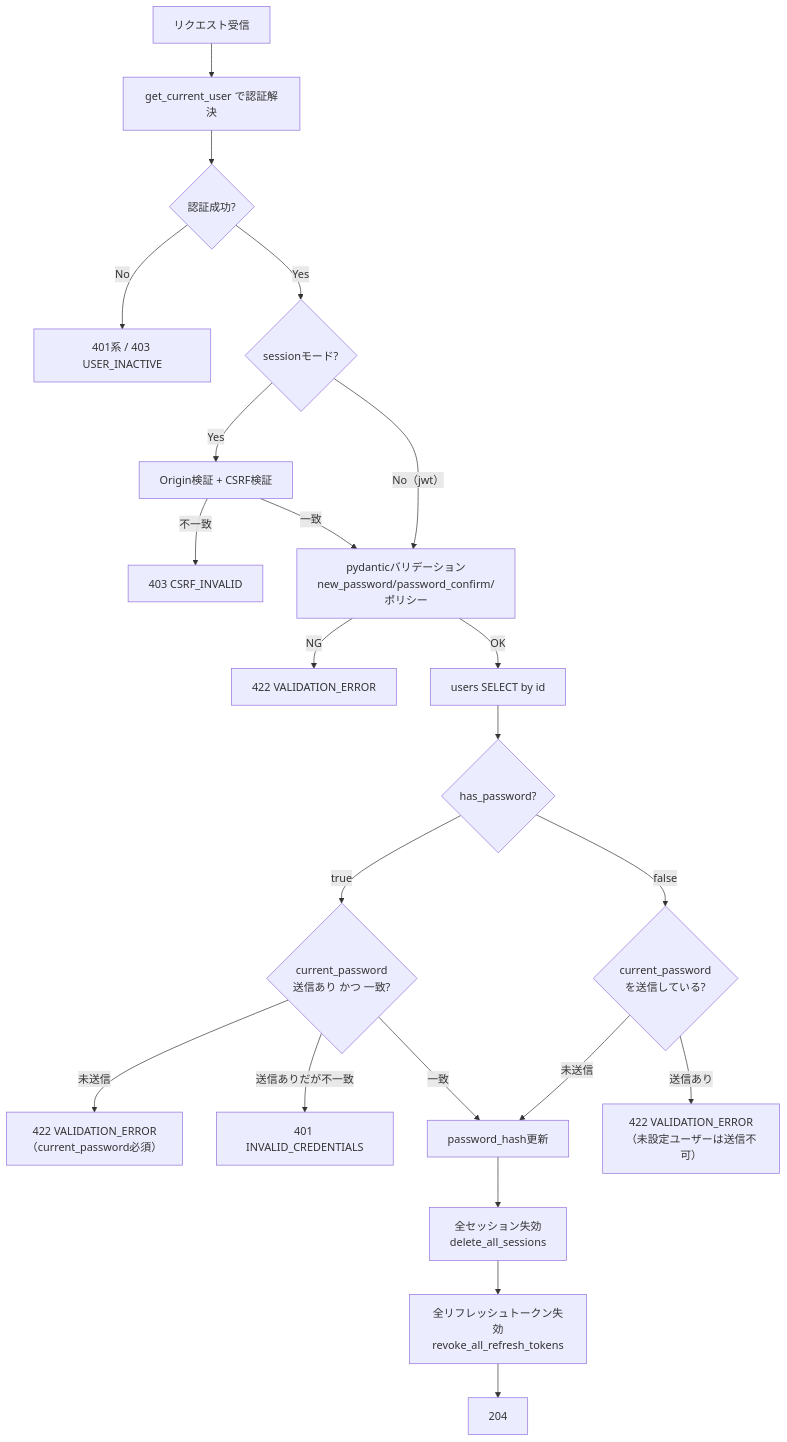
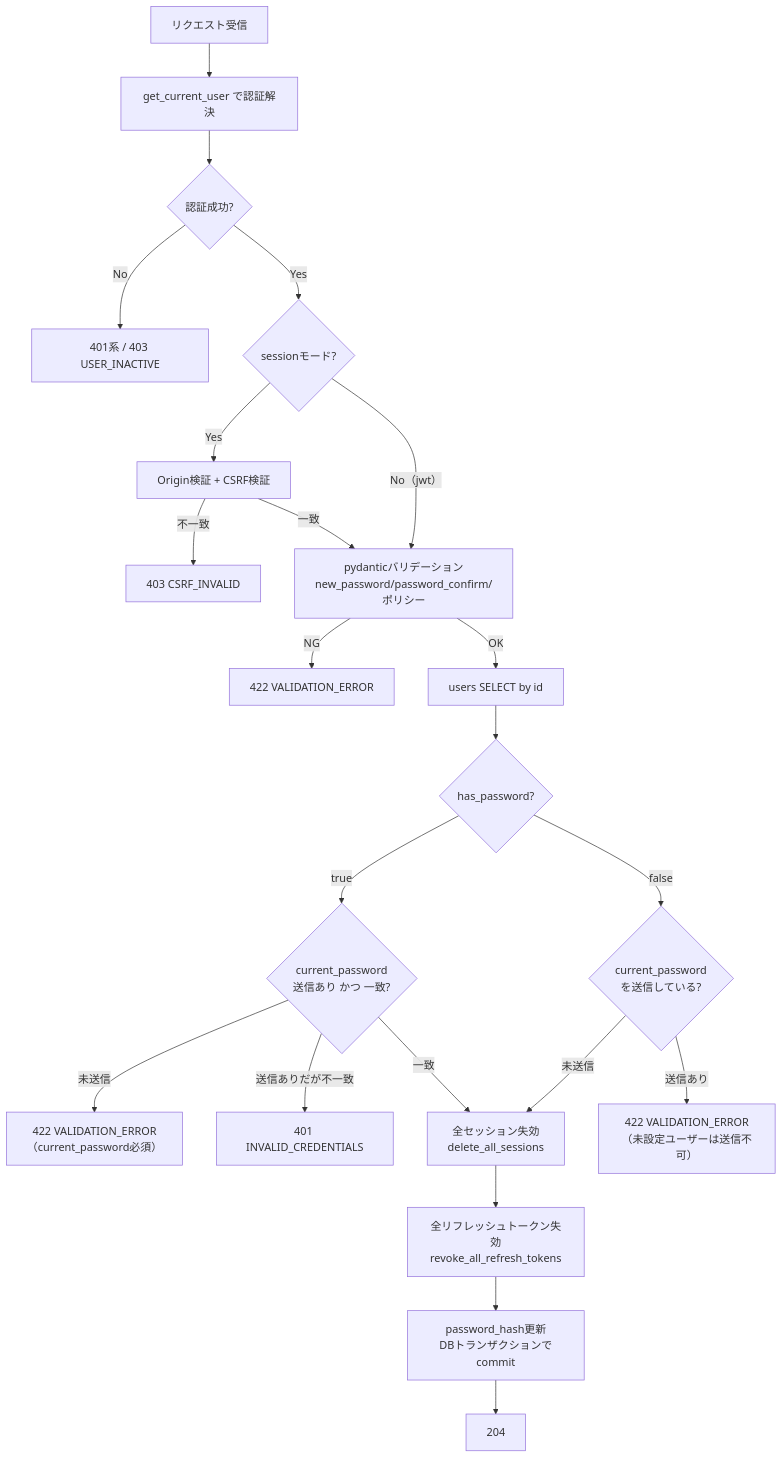
One commit to oikawa-d/task_management changed the second of 4 diagrams in docs/detailed_design/api/users/03_put_users_me_password.md. Above: the diagram before and after it, drawn with Mermaid. The commit also changed other lines of this file and 2 other files, not shown here.

Commit message:
docs: パスワードリセットのRedis失効順序を設計書に統一

````diff
--- a/docs/detailed_design/api/users/03_put_users_me_password.md
+++ b/docs/detailed_design/api/users/03_put_users_me_password.md
@@ -128,24 +128,24 @@
 ```mermaid
 flowchart TB
     A["リクエスト受信"] --> B["get_current_user で認証解決"]
     B --> C{"認証成功?"}
     C -->|"No"| E1["401系 / 403 USER_INACTIVE"]
     C -->|"Yes"| D{"sessionモード?"}
     D -->|"Yes"| E["Origin検証 + CSRF検証"]
     E -->|"不一致"| E2["403 CSRF_INVALID"]
     E -->|"一致"| F["pydanticバリデーション<br/>new_password/password_confirm/ポリシー"]
     D -->|"No（jwt）"| F
     F -->|"NG"| E3["422 VALIDATION_ERROR"]
     F -->|"OK"| G["users SELECT by id"]
     G --> H{"has_password?"}
     H -->|"true"| I{"current_password<br/>送信あり かつ 一致?"}
     I -->|"未送信"| E4["422 VALIDATION_ERROR<br/>（current_password必須）"]
     I -->|"送信ありだが不一致"| E5["401 INVALID_CREDENTIALS"]
-    I -->|"一致"| J["password_hash更新"]
+    I -->|"一致"| J["全セッション失効<br/>delete_all_sessions"]
     H -->|"false"| K{"current_password<br/>を送信している?"}
     K -->|"送信あり"| E6["422 VALIDATION_ERROR<br/>（未設定ユーザーは送信不可）"]
     K -->|"未送信"| J
-    J --> L["全セッション失効<br/>delete_all_sessions"]
-    L --> M["全リフレッシュトークン失効<br/>revoke_all_refresh_tokens"]
+    J --> L["全リフレッシュトークン失効<br/>revoke_all_refresh_tokens"]
+    L --> M["password_hash更新<br/>DBトランザクションでcommit"]
     M --> N["204"]
 ```
````
